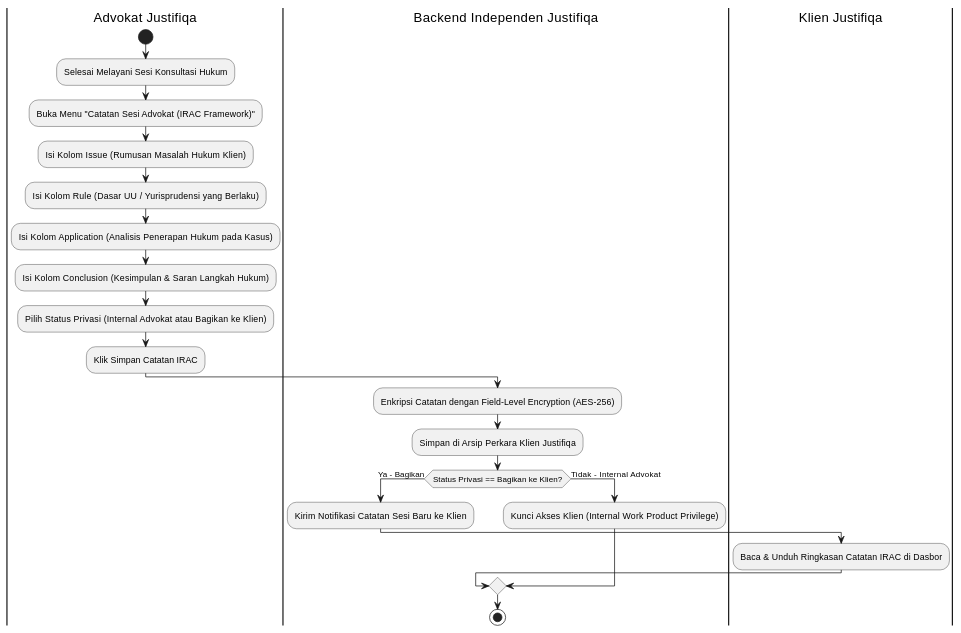
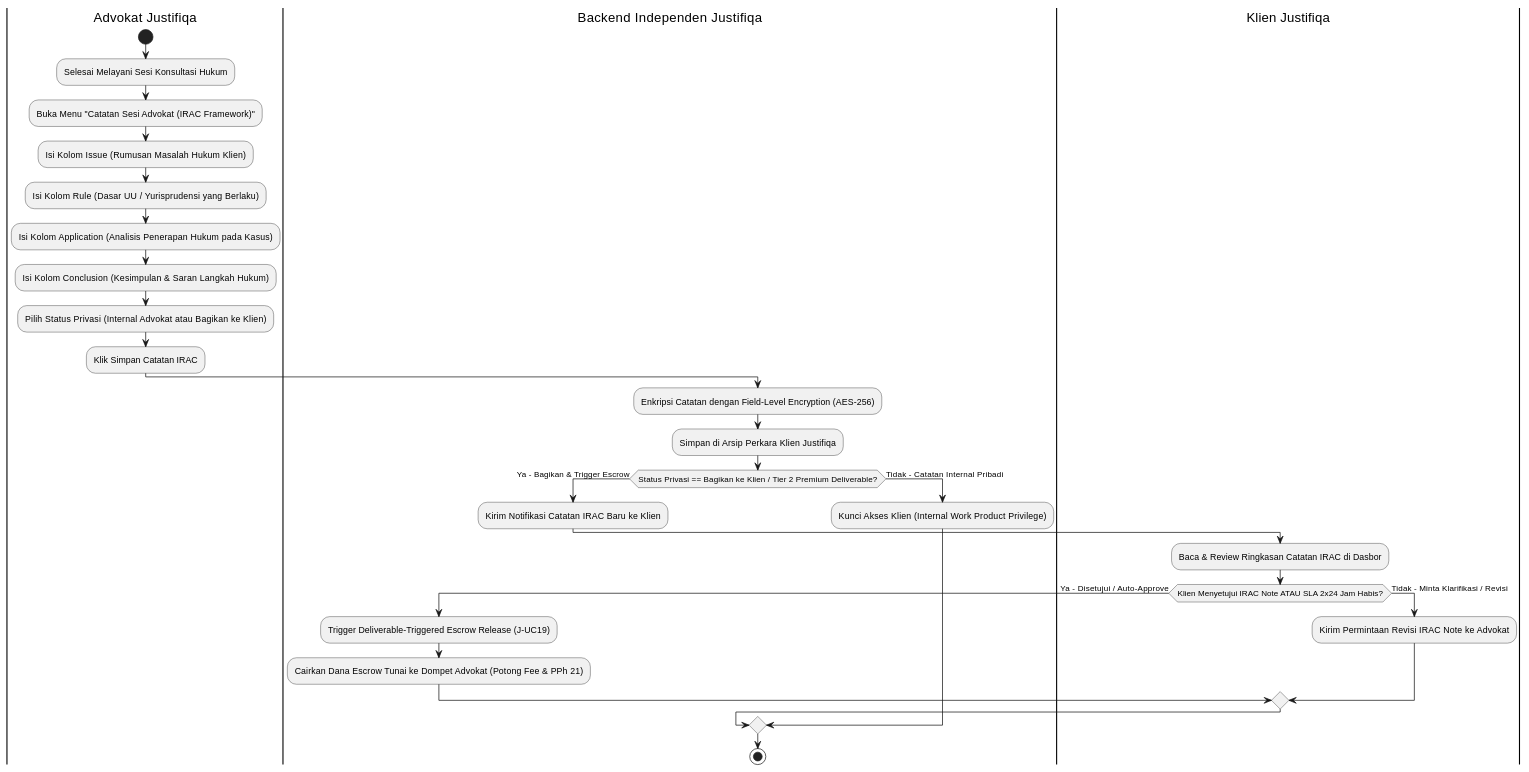
The eighth of 28 diagrams in MarkDown/plantuml_activity_diagrams.md (tupperwureism/SuperApp-Gagal), drawn with PlantUML before and after one commit. The commit also changed other lines of this file and 1 other file, not shown here.

Commit message:
feat(uml): sync Deliverable-Triggered Escrow Release and Dual-Bucket Ledger across impacted diagrams (AD/SD-J-06, AD/SD-J-08, AD/SD-J-11)

````diff
--- a/MarkDown/plantuml_activity_diagrams.md
+++ b/MarkDown/plantuml_activity_diagrams.md
@@ -510,27 +518,35 @@
 ```plantuml
 @startuml
 |Advokat Justifiqa|
 start
 :Selesai Melayani Sesi Konsultasi Hukum;
 :Buka Menu "Catatan Sesi Advokat (IRAC Framework)";
 :Isi Kolom Issue (Rumusan Masalah Hukum Klien);
 :Isi Kolom Rule (Dasar UU / Yurisprudensi yang Berlaku);
 :Isi Kolom Application (Analisis Penerapan Hukum pada Kasus);
 :Isi Kolom Conclusion (Kesimpulan & Saran Langkah Hukum);
 :Pilih Status Privasi (Internal Advokat atau Bagikan ke Klien);
 :Klik Simpan Catatan IRAC;
 
 |Backend Independen Justifiqa|
 :Enkripsi Catatan dengan Field-Level Encryption (AES-256);
 :Simpan di Arsip Perkara Klien Justifiqa;
-if (Status Privasi == Bagikan ke Klien?) then (Ya - Bagikan)
-  :Kirim Notifikasi Catatan Sesi Baru ke Klien;
+if (Status Privasi == Bagikan ke Klien / Tier 2 Premium Deliverable?) then (Ya - Bagikan & Trigger Escrow)
+  :Kirim Notifikasi Catatan IRAC Baru ke Klien;
   |Klien Justifiqa|
-  :Baca & Unduh Ringkasan Catatan IRAC di Dasbor;
-else (Tidak - Internal Advokat)
+  :Baca & Review Ringkasan Catatan IRAC di Dasbor;
+  if (Klien Menyetujui IRAC Note ATAU SLA 2x24 Jam Habis?) then (Ya - Disetujui / Auto-Approve)
+    |Backend Independen Justifiqa|
+    :Trigger Deliverable-Triggered Escrow Release (J-UC19);
+    :Cairkan Dana Escrow Tunai ke Dompet Advokat (Potong Fee & PPh 21);
+  else (Tidak - Minta Klarifikasi / Revisi)
+    |Klien Justifiqa|
+    :Kirim Permintaan Revisi IRAC Note ke Advokat;
+  endif
+else (Tidak - Catatan Internal Pribadi)
   |Backend Independen Justifiqa|
   :Kunci Akses Klien (Internal Work Product Privilege);
 endif
 stop
 @enduml
 ```
````
